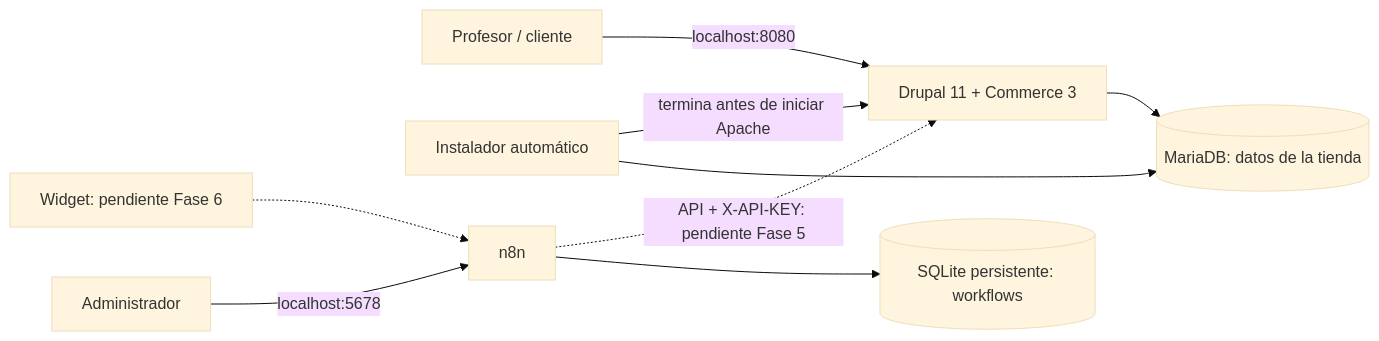
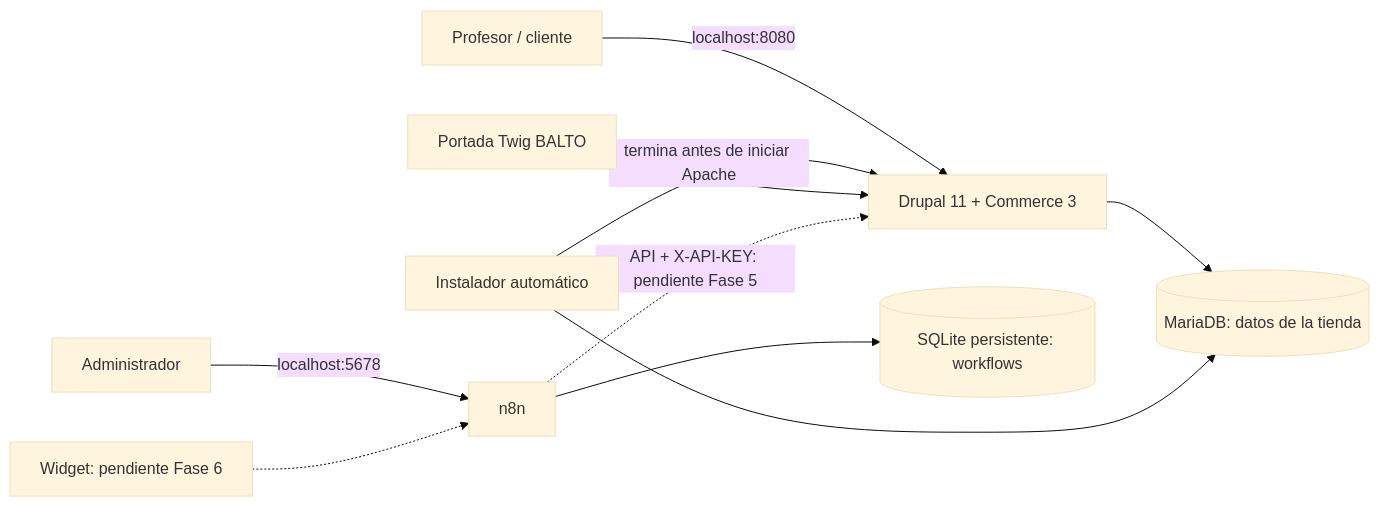
Before and after one commit to Yords-Williams/balto-veterinaria-proyecto: the diagram in README.md, drawn with Mermaid (base theme). The commit also changed other lines of this file and 439 other files, not shown here.

Commit message:
feat: crear portada BALTO y administrar servicios y horarios

````diff
--- a/README.md
+++ b/README.md
@@ -9,11 +11,12 @@
 ```mermaid
 flowchart LR
     Usuario[Profesor / cliente] -->|localhost:8080| Drupal[Drupal 11 + Commerce 3]
     Drupal --> MariaDB[(MariaDB: datos de la tienda)]
     Inicio[Instalador automático] --> MariaDB
     Inicio -->|termina antes de iniciar Apache| Drupal
     Administrador -->|localhost:5678| n8n[n8n]
     n8n --> SQLite[(SQLite persistente: workflows)]
+    Portada[Portada Twig BALTO] --> Drupal
     Chat[Widget: pendiente Fase 6] -.-> n8n
     n8n -.->|API + X-API-KEY: pendiente Fase 5| Drupal
 ```
````
